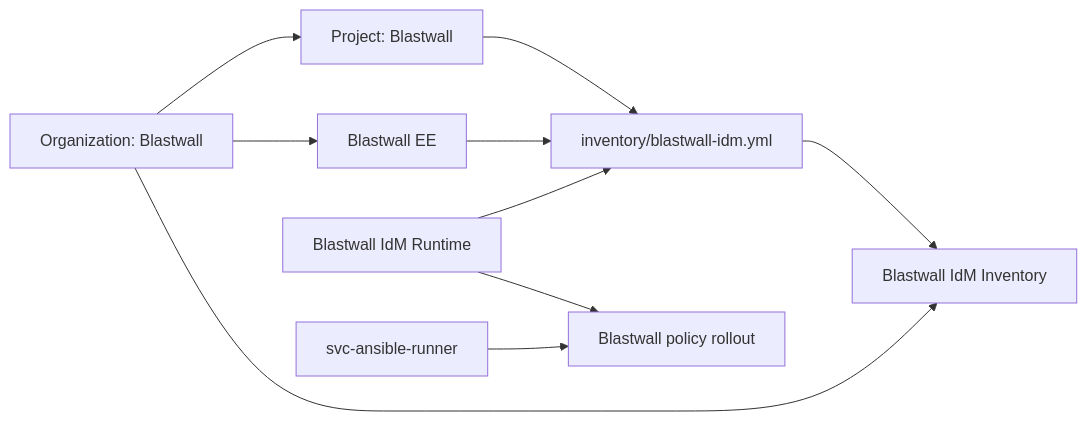
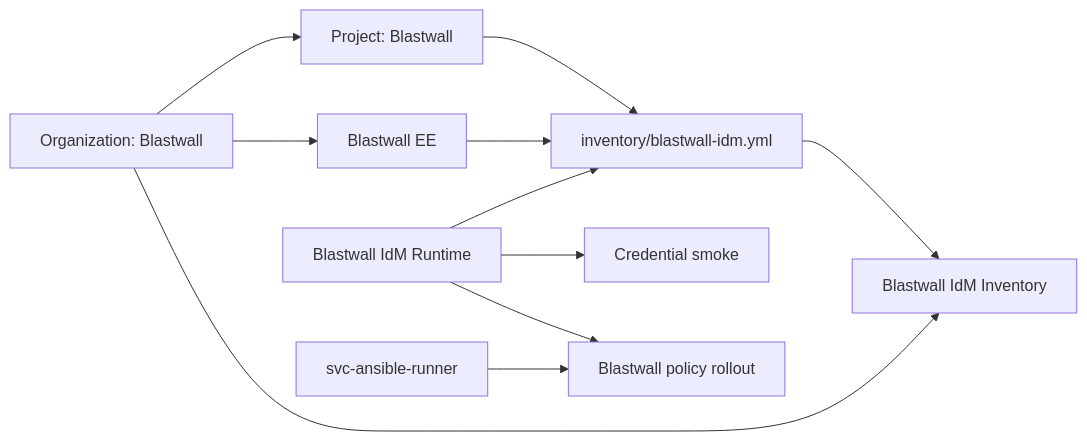
Before and after one commit to gprocunier/blastwall: the first of 2 diagrams in README.md, drawn with Mermaid. The commit also changed other lines of this file and 37 other files, not shown here.

````diff
--- a/README.md
+++ b/README.md
@@ -339,19 +367,21 @@
 ```mermaid
 flowchart LR
   org["Organization: Blastwall"]
   project["Project: Blastwall"]
   ee["Blastwall EE"]
   inventory["Blastwall IdM Inventory"]
   source["inventory/blastwall-idm.yml"]
   idmcred["Blastwall IdM Runtime"]
   machine["svc-ansible-runner"]
   workflow["Blastwall policy rollout"]
+  credential["Credential smoke"]
   org --> project
   org --> ee
   org --> inventory
   project --> source --> inventory
   ee --> source
   idmcred --> source
+  idmcred --> credential
   idmcred --> workflow
   machine --> workflow
 ```
````
